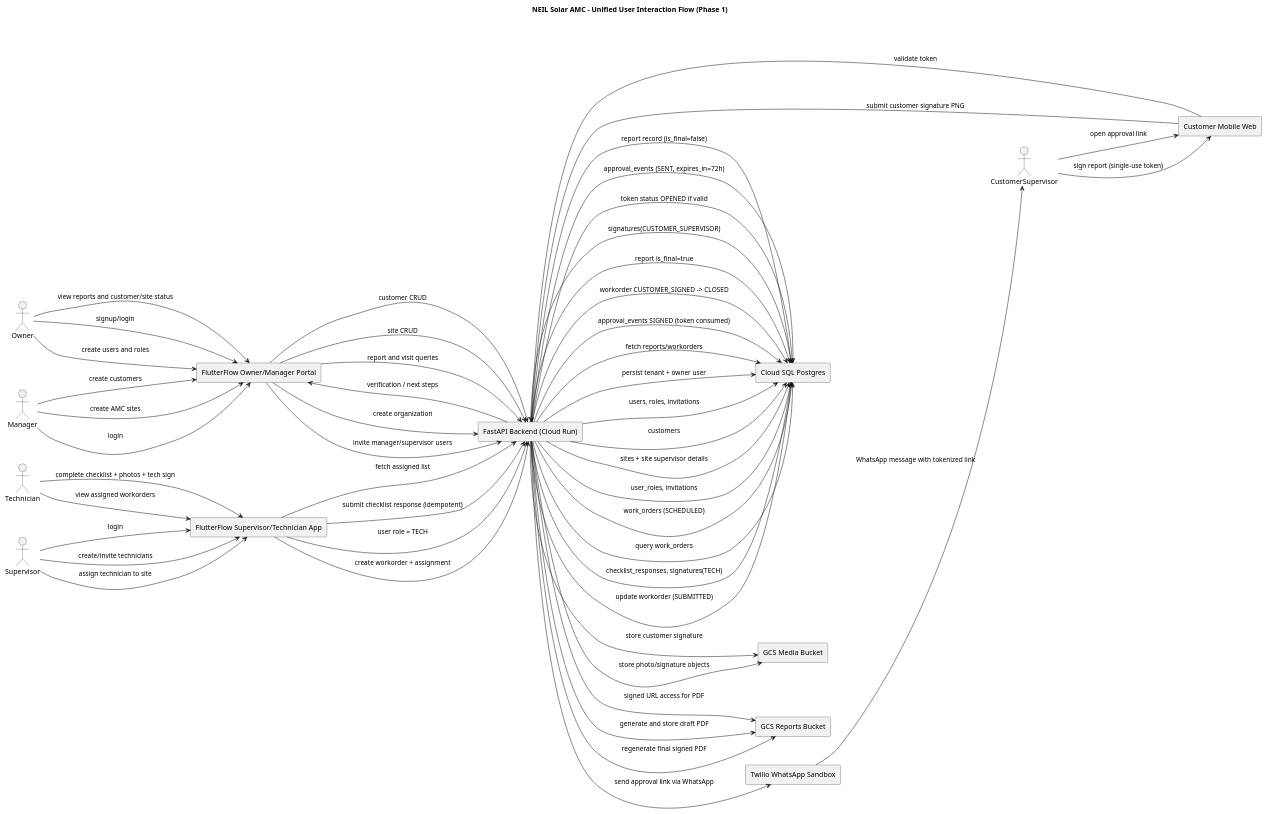
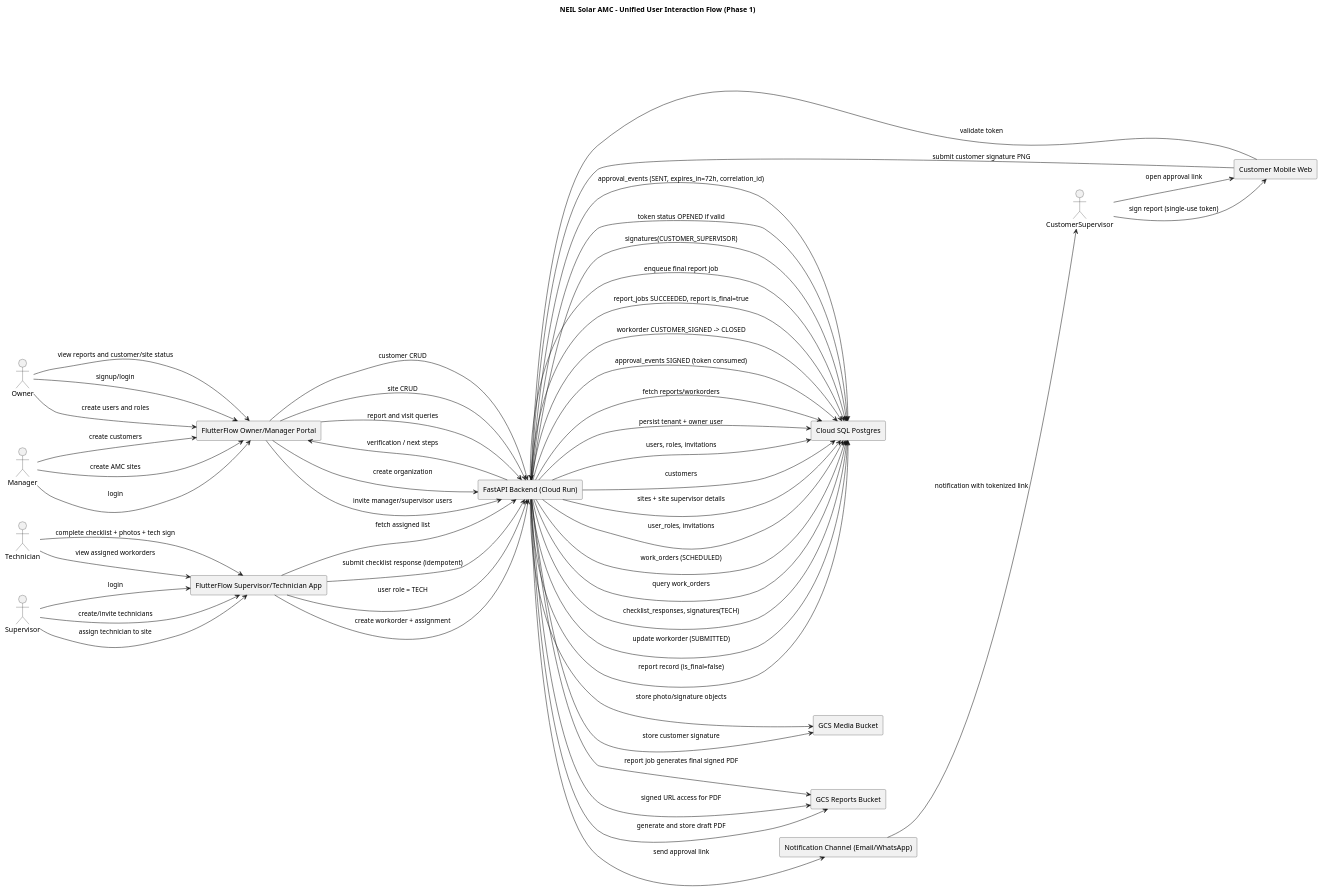
The diagram in docs/PHASE1_USER_INTERACTION_FLOW.puml (sonimanish0604/neilsolaramc), drawn with PlantUML before and after one commit. The commit also changed other lines of this file and 44 other files, not shown here.

```diff
--- a/docs/PHASE1_USER_INTERACTION_FLOW.puml
+++ b/docs/PHASE1_USER_INTERACTION_FLOW.puml
@@ -1,84 +1,85 @@
 @startuml
 title NEIL Solar AMC - Unified User Interaction Flow (Phase 1)
 
 left to right direction
 
 actor Owner
 actor Manager
 actor Supervisor
 actor Technician
 actor CustomerSupervisor as Customer
 
 rectangle "FlutterFlow Owner/Manager Portal" as OwnerPortal
 rectangle "FlutterFlow Supervisor/Technician App" as FieldApp
 rectangle "Customer Mobile Web" as CustomerWeb
 
 rectangle "FastAPI Backend (Cloud Run)" as API
 rectangle "Cloud SQL Postgres" as DB
 rectangle "GCS Media Bucket" as GCSMedia
 rectangle "GCS Reports Bucket" as GCSReports
-rectangle "Twilio WhatsApp Sandbox" as Twilio
+rectangle "Notification Channel (Email/WhatsApp)" as NotifChannel
 
 Owner --> OwnerPortal : signup/login
 OwnerPortal --> API : create organization
 API --> DB : persist tenant + owner user
 API --> OwnerPortal : verification / next steps
 
 Owner --> OwnerPortal : create users and roles
 OwnerPortal --> API : invite manager/supervisor users
 API --> DB : users, roles, invitations
 
 Manager --> OwnerPortal : login
 Manager --> OwnerPortal : create customers
 OwnerPortal --> API : customer CRUD
 API --> DB : customers
 
 Manager --> OwnerPortal : create AMC sites
 OwnerPortal --> API : site CRUD
 API --> DB : sites + site supervisor details
 
 Supervisor --> FieldApp : login
 Supervisor --> FieldApp : create/invite technicians
 FieldApp --> API : user role = TECH
 API --> DB : user_roles, invitations
 
 Supervisor --> FieldApp : assign technician to site
 FieldApp --> API : create workorder + assignment
 API --> DB : work_orders (SCHEDULED)
 
 Technician --> FieldApp : view assigned workorders
 FieldApp --> API : fetch assigned list
 API --> DB : query work_orders
 
 Technician --> FieldApp : complete checklist + photos + tech sign
 FieldApp --> API : submit checklist response (idempotent)
 API --> DB : checklist_responses, signatures(TECH)
 API --> GCSMedia : store photo/signature objects
 API --> DB : update workorder (SUBMITTED)
 
 API --> GCSReports : generate and store draft PDF
 API --> DB : report record (is_final=false)
 
-API --> Twilio : send approval link via WhatsApp
-Twilio --> Customer : WhatsApp message with tokenized link
-API --> DB : approval_events (SENT, expires_in=72h)
+API --> NotifChannel : send approval link
+NotifChannel --> Customer : notification with tokenized link
+API --> DB : approval_events (SENT, expires_in=72h, correlation_id)
 
 Customer --> CustomerWeb : open approval link
 CustomerWeb --> API : validate token
 API --> DB : token status OPENED if valid
 
 Customer --> CustomerWeb : sign report (single-use token)
 CustomerWeb --> API : submit customer signature PNG
 API --> DB : signatures(CUSTOMER_SUPERVISOR)
 API --> GCSMedia : store customer signature
-API --> GCSReports : regenerate final signed PDF
-API --> DB : report is_final=true
+API --> DB : enqueue final report job
+API --> GCSReports : report job generates final signed PDF
+API --> DB : report_jobs SUCCEEDED, report is_final=true
 API --> DB : workorder CUSTOMER_SIGNED -> CLOSED
 API --> DB : approval_events SIGNED (token consumed)
 
 Owner --> OwnerPortal : view reports and customer/site status
 OwnerPortal --> API : report and visit queries
 API --> DB : fetch reports/workorders
 API --> GCSReports : signed URL access for PDF
 
 @enduml
```
